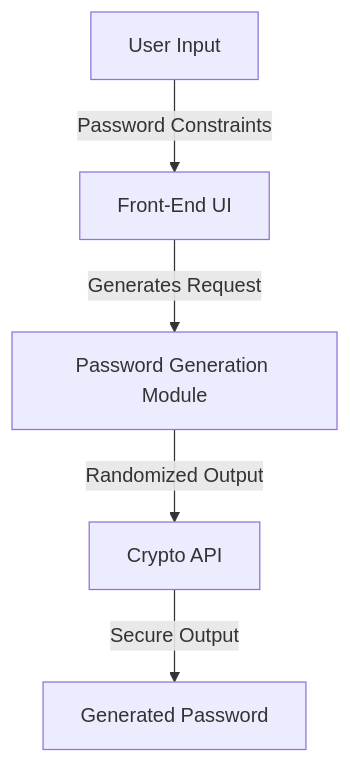
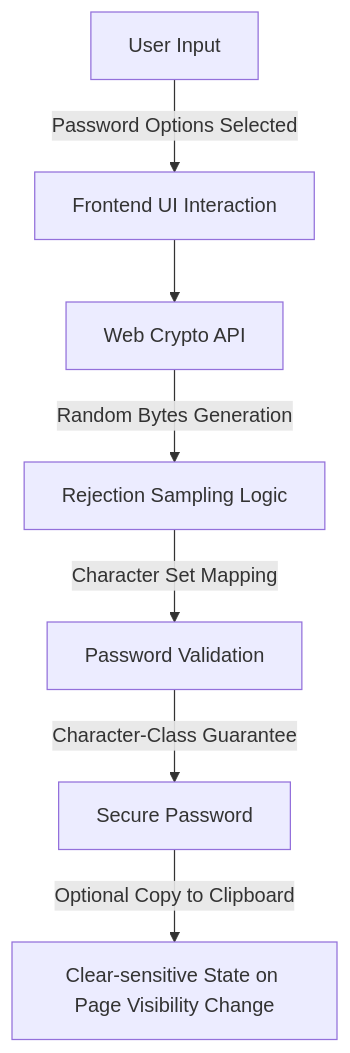
Before and after one commit to EF361/entropass: the diagram in README.md, drawn with Mermaid. The commit also changed other lines of this file, not shown here.

````diff
--- a/README.md
+++ b/README.md
@@ -24,7 +28,9 @@
 ```mermaid
-graph TD
-  A[User Input] -->|Password Constraints| B[Front-End UI]
-  B -->|Generates Request| C[Password Generation Module]
-  C -->|Randomized Output| D[Crypto API]
-  D -->|Secure Output| E[Generated Password]
+flowchart TD
+    A[User Input] -->|Password Options Selected| B[Frontend UI Interaction]
+    B --> C[Web Crypto API]
+    C -->|Random Bytes Generation| D[Rejection Sampling Logic]
+    D -->|Character Set Mapping| E[Password Validation]
+    E -->|Character-Class Guarantee| F[Secure Password]
+    F -->|Optional Copy to Clipboard| G[Clear-sensitive State on Page Visibility Change]
 ```
````
